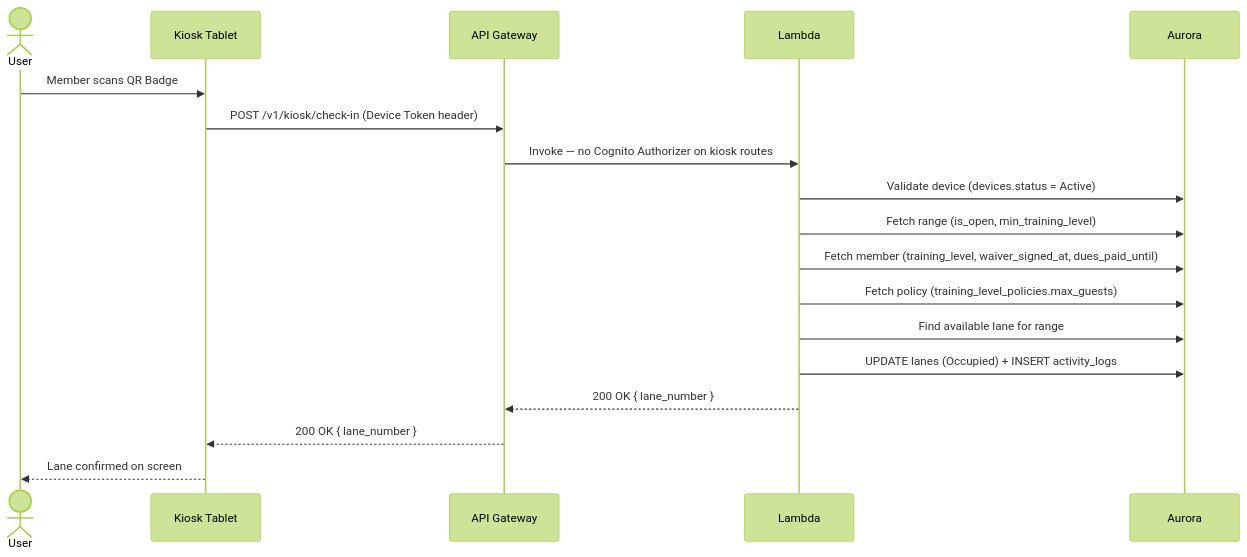
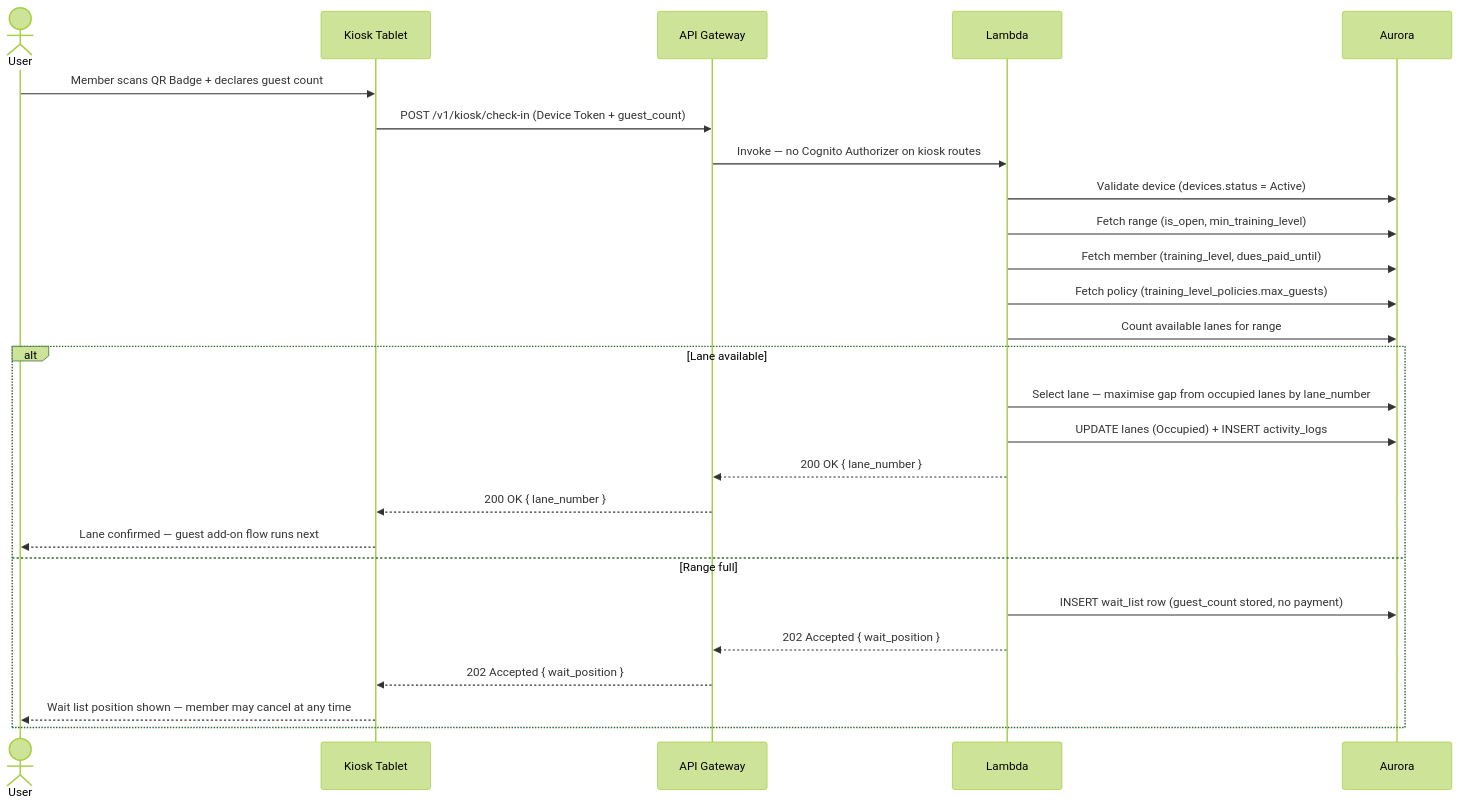
One commit to vrwmiller/outdoorsportsclub changed the second of 3 diagrams in docs/architecture.md. Above: the diagram before and after it, drawn with Mermaid (forest theme). The commit also changed other lines of this file and 1 other file, not shown here.

Commit message:
fix: address 8 PR review comments — kiosk states consistency, Called wait-list entry, partial unique index, ER diagram columns, architecture sequence diagram

````diff
--- a/docs/architecture.md
+++ b/docs/architecture.md
@@ -87,21 +87,29 @@
 ```mermaid
 sequenceDiagram
     actor RSO as User
     participant K as Kiosk Tablet
     participant GW as API Gateway
     participant LM as Lambda
     participant DB as Aurora
 
-    RSO->>K: Member scans QR Badge
-    K->>GW: POST /v1/kiosk/check-in (Device Token header)
+    RSO->>K: Member scans QR Badge + declares guest count
+    K->>GW: POST /v1/kiosk/check-in (Device Token + guest_count)
     GW->>LM: Invoke — no Cognito Authorizer on kiosk routes
     LM->>DB: Validate device (devices.status = Active)
     LM->>DB: Fetch range (is_open, min_training_level)
-    LM->>DB: Fetch member (training_level, waiver_signed_at, dues_paid_until)
+    LM->>DB: Fetch member (training_level, dues_paid_until)
     LM->>DB: Fetch policy (training_level_policies.max_guests)
-    LM->>DB: Find available lane for range
-    LM->>DB: UPDATE lanes (Occupied) + INSERT activity_logs
-    LM-->>GW: 200 OK { lane_number }
-    GW-->>K: 200 OK { lane_number }
-    K-->>RSO: Lane confirmed on screen
+    LM->>DB: Count available lanes for range
+    alt Lane available
+        LM->>DB: Select lane — maximise gap from occupied lanes by lane_number
+        LM->>DB: UPDATE lanes (Occupied) + INSERT activity_logs
+        LM-->>GW: 200 OK { lane_number }
+        GW-->>K: 200 OK { lane_number }
+        K-->>RSO: Lane confirmed — guest add-on flow runs next
+    else Range full
+        LM->>DB: INSERT wait_list row (guest_count stored, no payment)
+        LM-->>GW: 202 Accepted { wait_position }
+        GW-->>K: 202 Accepted { wait_position }
+        K-->>RSO: Wait list position shown — member may cancel at any time
+    end
 ```
````
